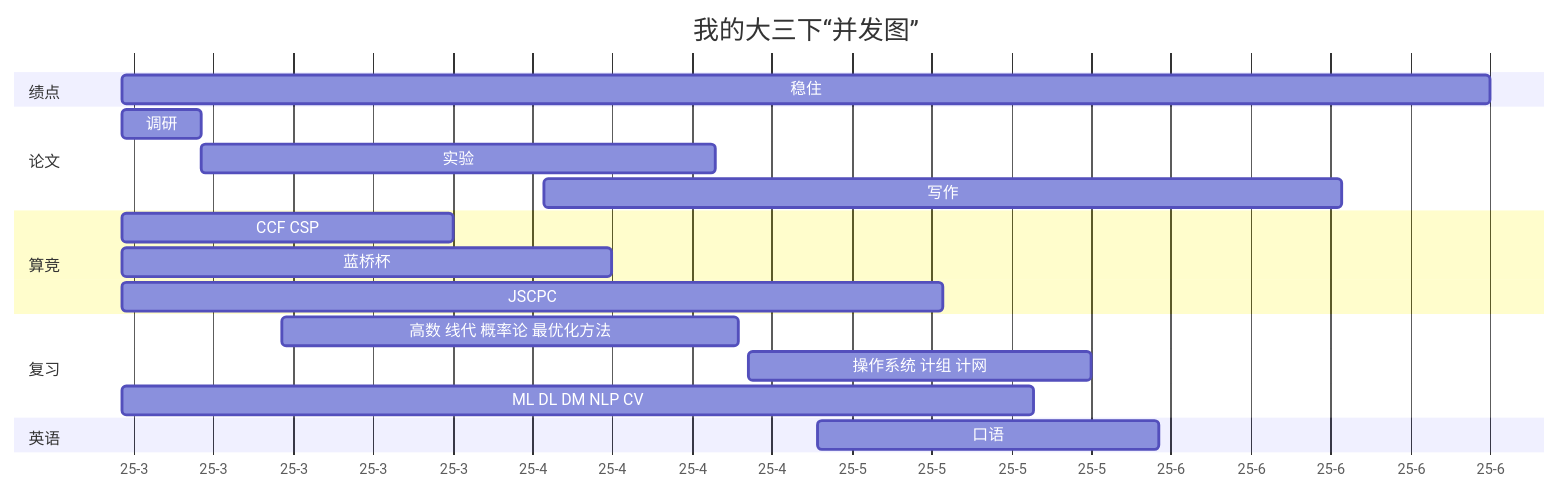
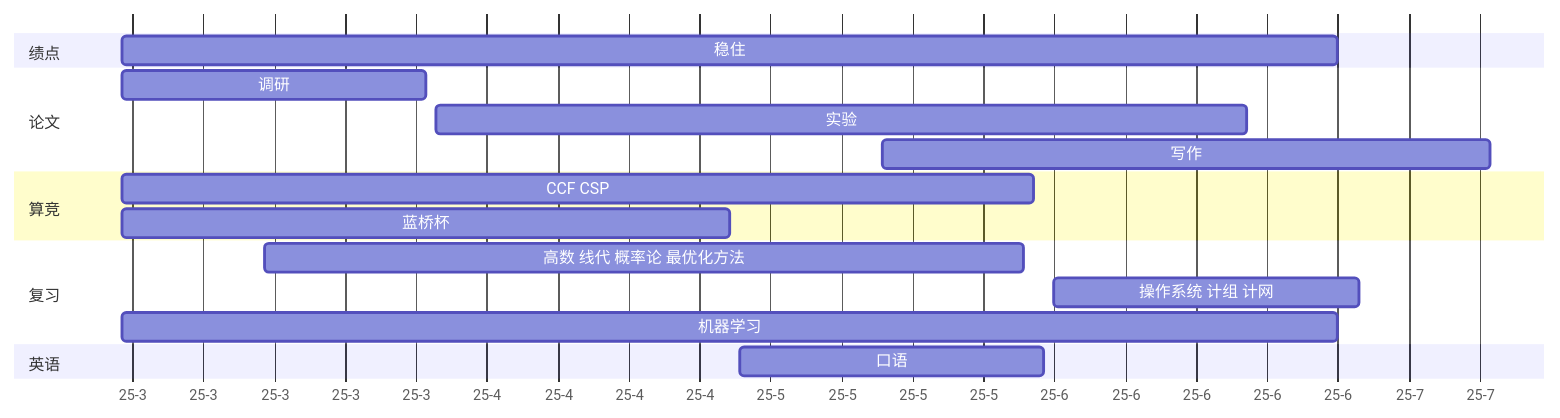
The diagram in source/_posts/2025-03-04_junior-2nd-plan.md (Explorer-Dong/blog), drawn with Mermaid before and after one commit. The commit also changed other lines of this file and 5 other files, not shown here.

````diff
--- a/source/_posts/2025-03-04_junior-2nd-plan.md
+++ b/source/_posts/2025-03-04_junior-2nd-plan.md
@@ -12,24 +9,20 @@
 ```mermaid
----
-title: 我的大三下“并发图”
----
 gantt
     dateFormat YY-MM
     axisFormat  %y-%-m
     section 绩点
         稳住 :2025-3-1, 120d
     section 论文
-        调研 :2025-3-1, 7d
-        实验 :2025-3-8, 45d
-        写作 :2025-4-7,70d
+        调研 :2025-3-1, 30d
+        实验 :2025-4-1, 80d
+        写作 :2025-5-15,60d
     section 算竞
-        CCF CSP :2025-3-1, 29d
-        蓝桥杯 :2025-3-1, 43d
-        JSCPC :2025-3-1, 72d
+        CCF CSP :2025-3-1, 90d
+        蓝桥杯 :2025-3-1, 60d
     section 复习
-        高数 线代 概率论 最优化方法 :2025-3-15, 40d
-        操作系统 计组 计网 :2025-4-25, 30d
-        ML DL DM NLP CV :2025-3-1, 80d
+        高数 线代 概率论 最优化方法 :2025-3-15, 75d
+        操作系统 计组 计网 :2025-6-1, 30d
+        机器学习 :2025-3-1, 120d
     section 英语
         口语 :2025-5-1, 30d
 ```
````
